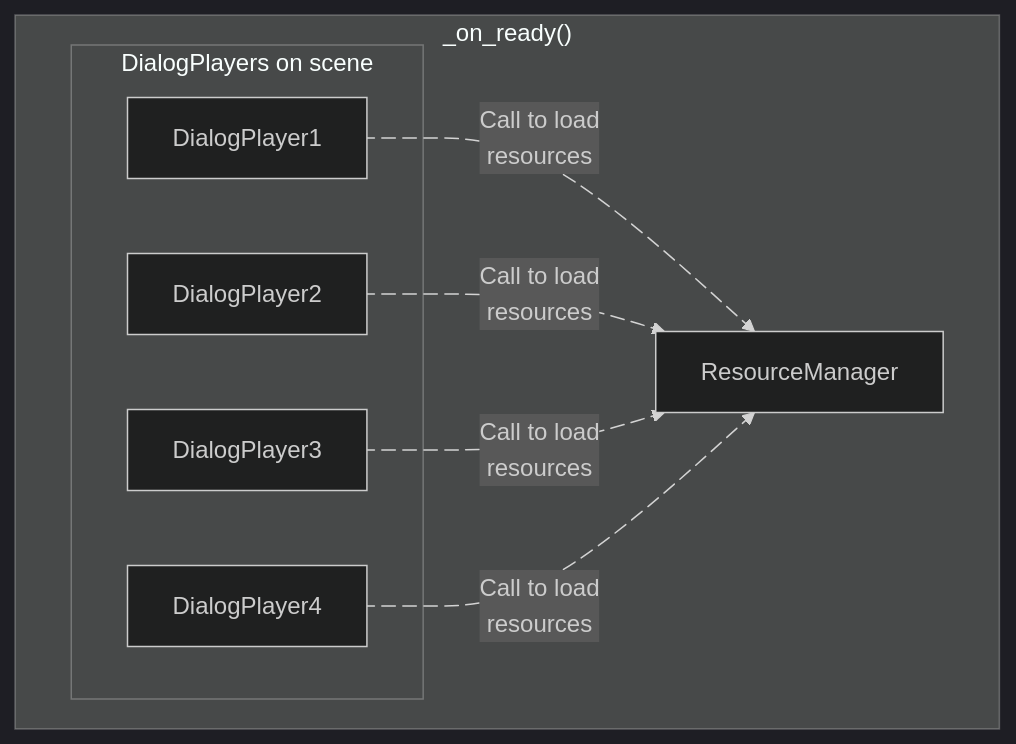
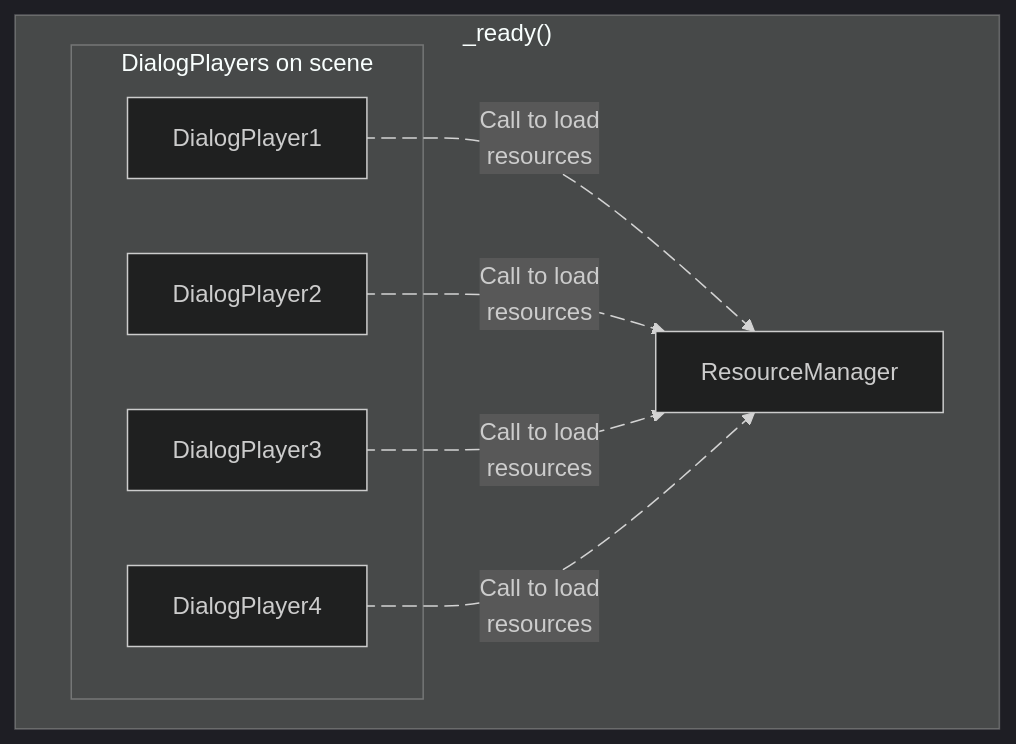
The diagram in docs/dialogues/using-dialogues.md (SproutyLabs/SproutyDialogsDocs), drawn with Mermaid (dark theme) before and after one commit. The commit also changed other lines of this file and 1 other file, not shown here.

````diff
--- a/docs/dialogues/using-dialogues.md
+++ b/docs/dialogues/using-dialogues.md
@@ -109,19 +101,19 @@
 ```mermaid
 graph TD;
-	subgraph OnReady ["_on_ready()"]
+	subgraph OnReady ["_ready()"]
 		subgraph OnScene ["DialogPlayers on scene"]
 		DialogPlayer1
 		DialogPlayer2
 		DialogPlayer3
 		DialogPlayer4
 		end
         DialogPlayer1 e1@--Call to load<br/>resources-->ResourceManager
     	DialogPlayer2 e2@--Call to load<br/>resources-->ResourceManager
    		DialogPlayer3 e3@--Call to load<br/>resources-->ResourceManager
     	DialogPlayer4 e4@--Call to load<br/>resources-->ResourceManager
 		e1@{ animate: slow }
 		e2@{ animate: slow }
 		e3@{ animate: slow }
 		e4@{ animate: slow }
     end
 ```
````
